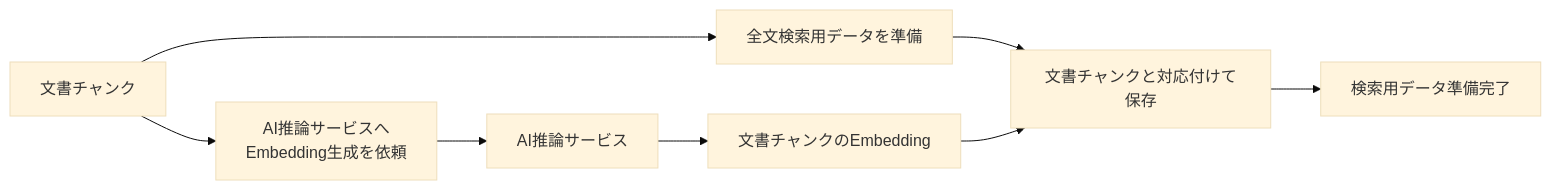
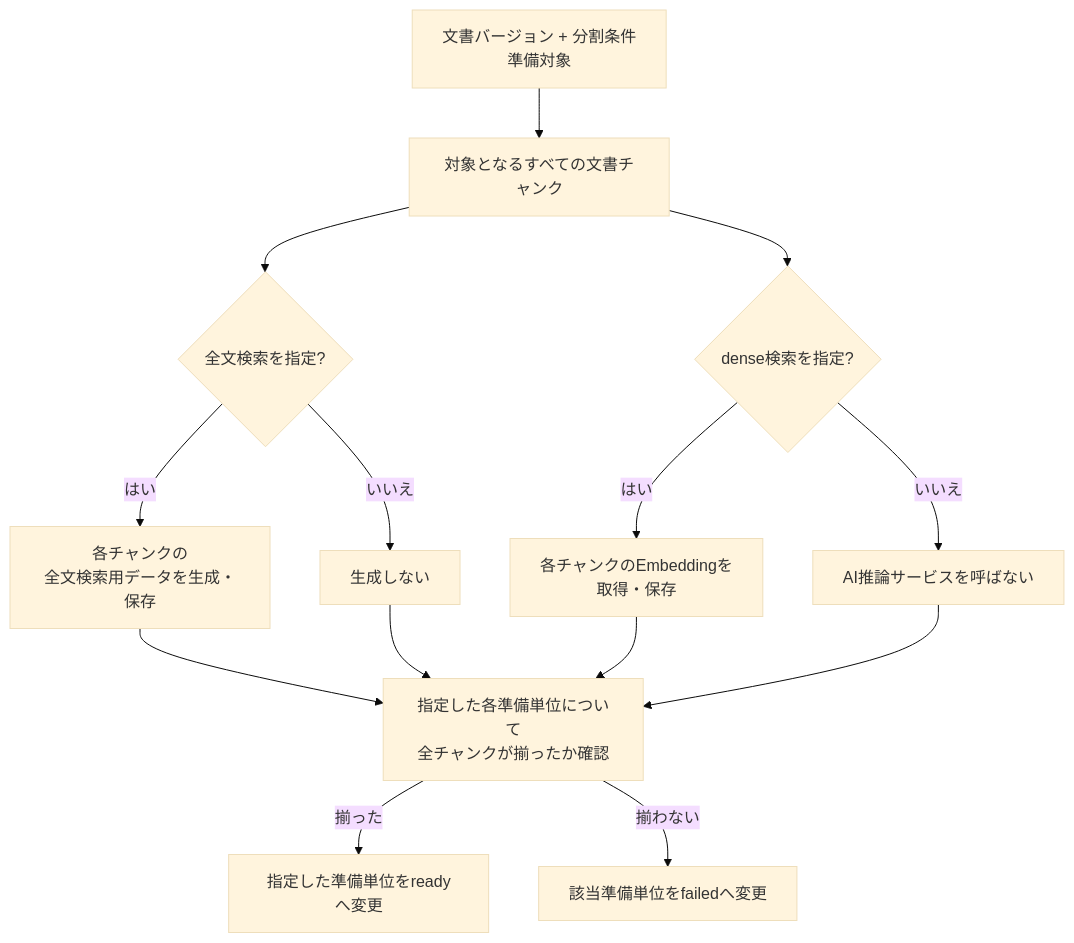
One commit to takashit16833/RAGScope changed the diagram in project-docs/design/domains/documents/検索用データ準備設計.md. Above: the diagram before and after it, drawn with Mermaid (base theme). The commit also changed other lines of this file and 4 other files, not shown here.

````diff
--- a/project-docs/design/domains/documents/検索用データ準備設計.md
+++ b/project-docs/design/domains/documents/検索用データ準備設計.md
@@ -26,14 +61,23 @@
 ```mermaid
-flowchart LR
-    Chunk["文書チャンク"]
+flowchart TB
+    Input["文書バージョン + 分割条件<br>準備対象"]
+    Chunks["対象となるすべての文書チャンク"]
 
-    Chunk --> FullText["全文検索用データを準備"]
-    Chunk --> Request["AI推論サービスへ<br>Embedding生成を依頼"]
+    Input --> Chunks
 
-    Request --> AI["AI推論サービス"]
-    AI --> Embedding["文書チャンクのEmbedding"]
+    Chunks --> FullTextRequested{"全文検索を指定?"}
+    FullTextRequested -->|"はい"| FullText["各チャンクの<br>全文検索用データを生成・保存"]
+    FullTextRequested -->|"いいえ"| SkipFullText["生成しない"]
 
-    FullText --> Save["文書チャンクと対応付けて保存"]
-    Embedding --> Save
-    Save --> Ready["検索用データ準備完了"]
+    Chunks --> DenseRequested{"dense検索を指定?"}
+    DenseRequested -->|"はい"| Embedding["各チャンクのEmbeddingを<br>取得・保存"]
+    DenseRequested -->|"いいえ"| SkipDense["AI推論サービスを呼ばない"]
+
+    FullText --> Verify["指定した各準備単位について<br>全チャンクが揃ったか確認"]
+    Embedding --> Verify
+    SkipFullText --> Verify
+    SkipDense --> Verify
+
+    Verify -->|"揃った"| Ready["指定した準備単位をreadyへ変更"]
+    Verify -->|"揃わない"| Failed["該当準備単位をfailedへ変更"]
 ```
````
